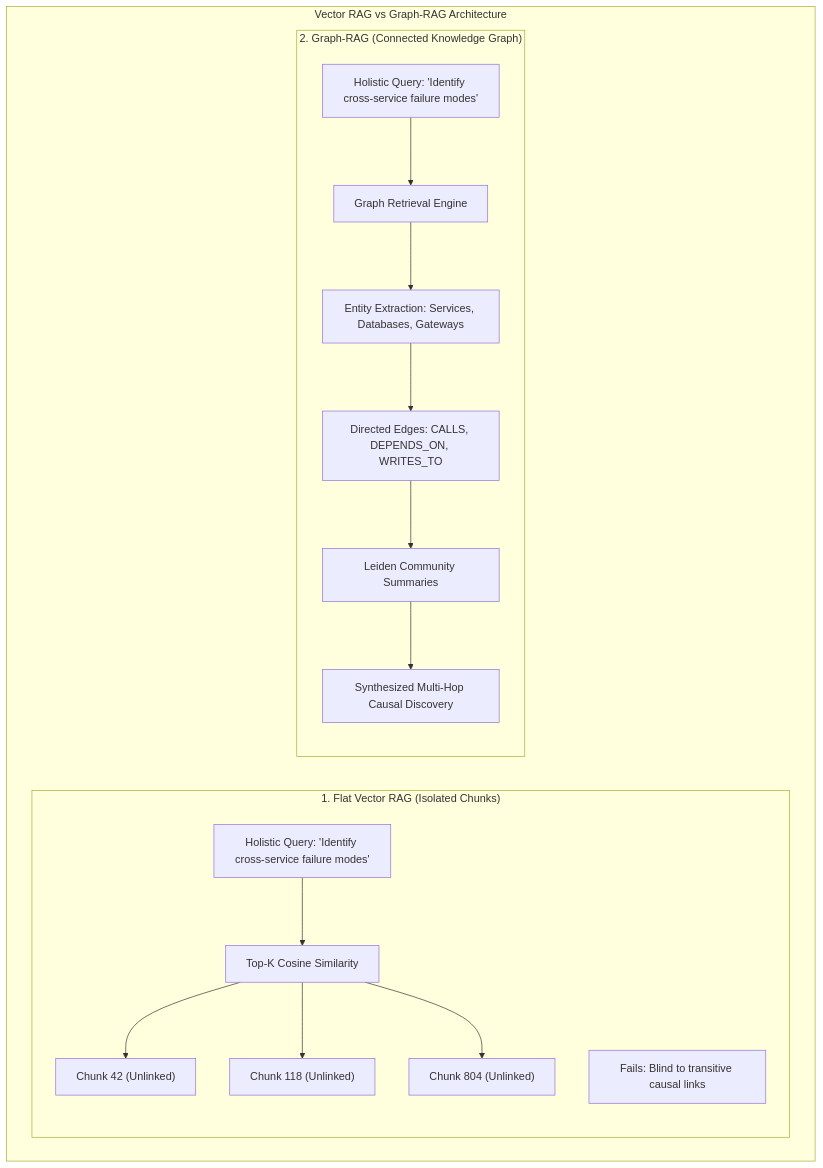
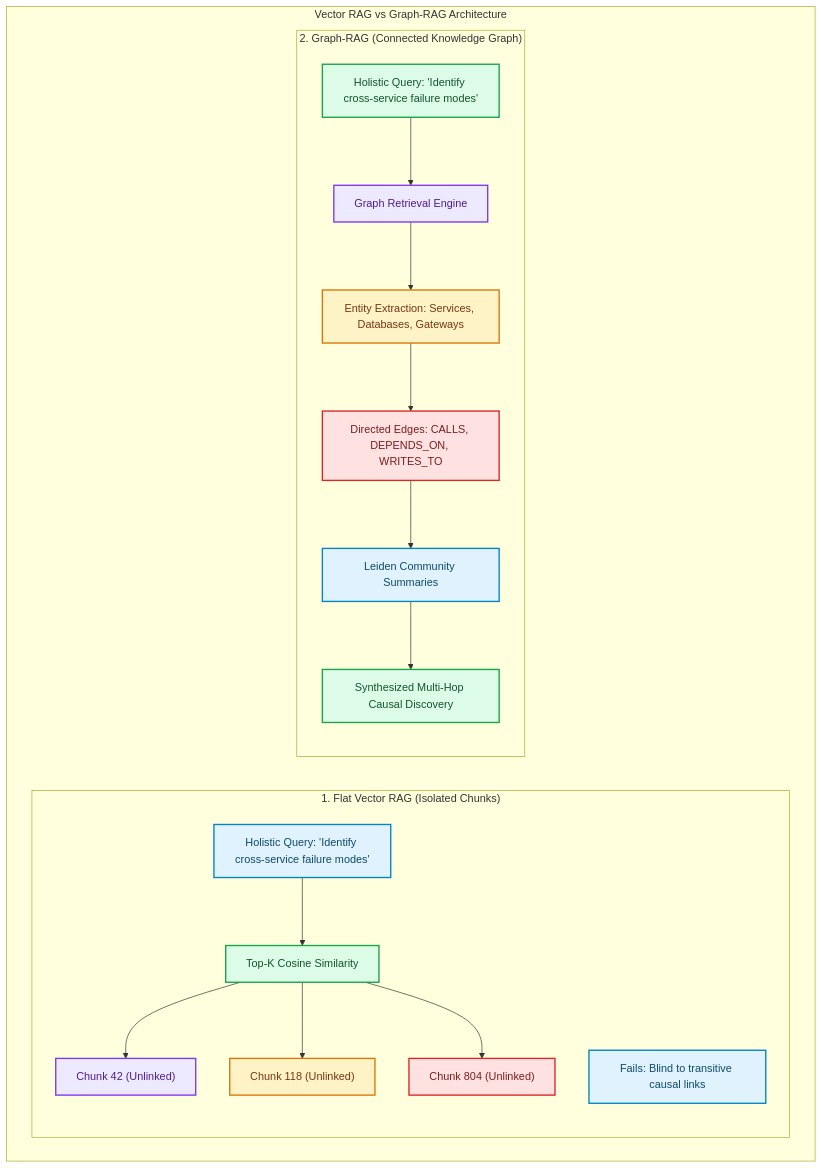
Before and after one commit to akmalkhaniub/akmalkhaniub.github.io: the diagram in blog/posts/graph-rag-knowledge-graphs-vs-vector-search-multi-hop-reasoning.md, drawn with Mermaid. The commit also changed other lines of this file and 1291 other files, not shown here.

First line of the commit message:
feat(catalog): unique covers, scholarly references, and diagram palettes

````diff
--- a/blog/posts/graph-rag-knowledge-graphs-vs-vector-search-multi-hop-reasoning.md
+++ b/blog/posts/graph-rag-knowledge-graphs-vs-vector-search-multi-hop-reasoning.md
@@ -15,20 +15,31 @@
 ```mermaid
 flowchart TD
   subgraph SG1_VectorRagVs ["Vector RAG vs Graph-RAG Architecture"]
     subgraph SG2_1FlatVector ["1. Flat Vector RAG (Isolated Chunks)"]
-      Q1["Holistic Query: 'Identify cross-service failure modes'"] --> VectorSearch[Top-K Cosine Similarity]
+      Q1["Holistic Query: 'Identify cross-service failure modes'"] --> VectorSearch["Top-K Cosine Similarity"]
       VectorSearch --> ChunkA["Chunk 42 (Unlinked)"]
       VectorSearch --> ChunkB["Chunk 118 (Unlinked)"]
       VectorSearch --> ChunkC["Chunk 804 (Unlinked)"]
       FailNote["Fails: Blind to transitive causal links"]
     end
 
     subgraph SG3_2GraphRag ["2. Graph-RAG (Connected Knowledge Graph)"]
-      Q2["Holistic Query: 'Identify cross-service failure modes'"] --> GraphEngine[Graph Retrieval Engine]
+      Q2["Holistic Query: 'Identify cross-service failure modes'"] --> GraphEngine["Graph Retrieval Engine"]
       GraphEngine --> Nodes["Entity Extraction: Services, Databases, Gateways"]
       Nodes --> Edges["Directed Edges: CALLS, DEPENDS_ON, WRITES_TO"]
       Edges --> Clusters["Leiden Community Summaries"]
       Clusters --> SynthesizedAnswer["Synthesized Multi-Hop Causal Discovery"]
     end
   end
+
+classDef green fill:#dcfce7,stroke:#16a34a,stroke-width:2px,color:#14532d;
+classDef red fill:#fee2e2,stroke:#dc2626,stroke-width:2px,color:#7f1d1d;
+classDef blue fill:#e0f2fe,stroke:#0284c7,stroke-width:2px,color:#0c4a6e;
+classDef yellow fill:#fef3c7,stroke:#d97706,stroke-width:2px,color:#78350f;
+classDef purple fill:#ede9fe,stroke:#7c3aed,stroke-width:2px,color:#4c1d95;
+class Q1,FailNote,Clusters blue
+class VectorSearch,Q2,SynthesizedAnswer green
+class ChunkA,GraphEngine purple
+class ChunkB,Nodes yellow
+class ChunkC,Edges red
 ```
````
